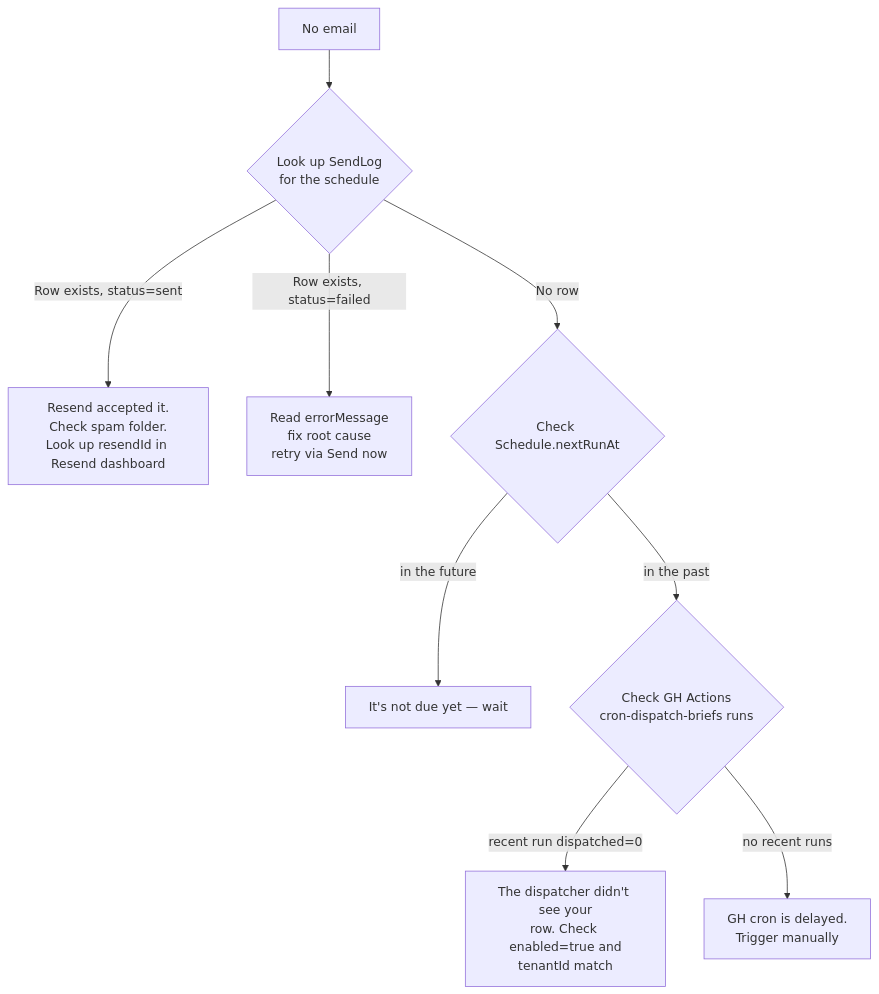
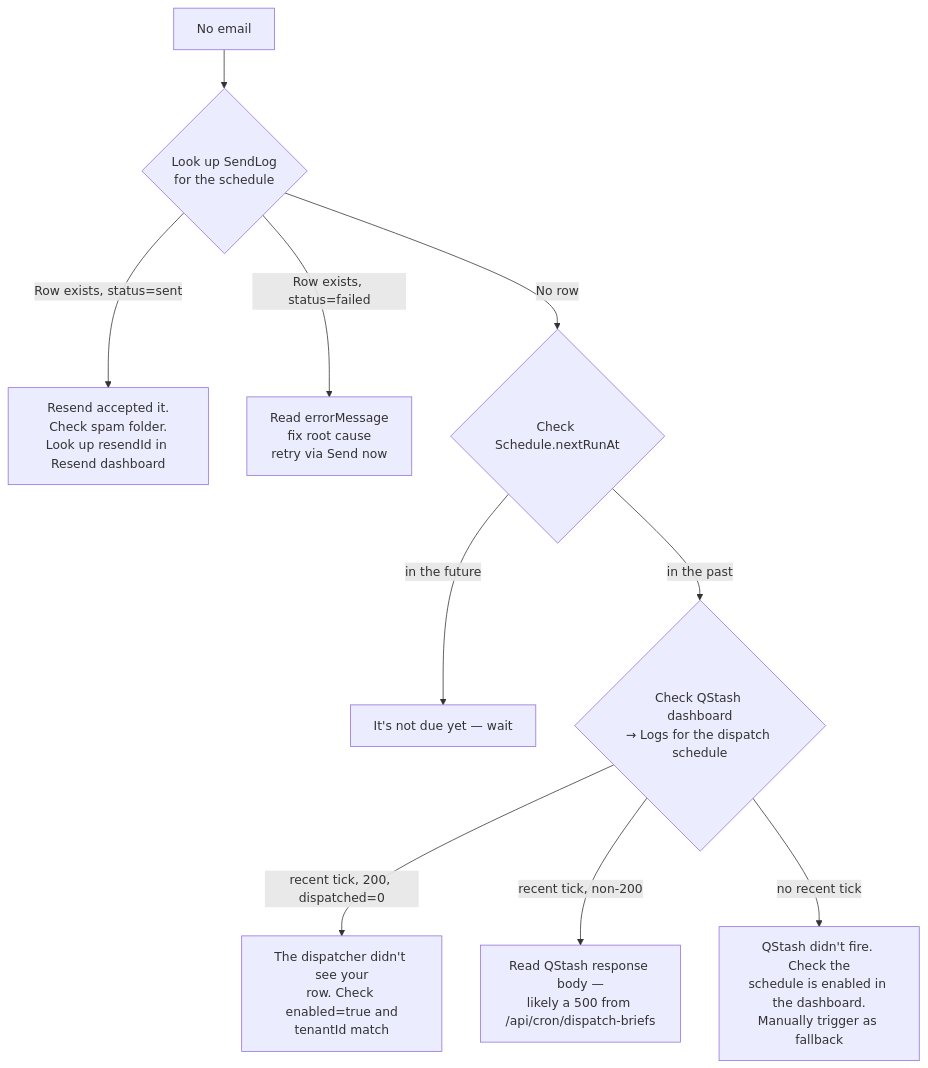
Before and after one commit to adityauphade-mac/vera-mvp: the third of 3 diagrams in docs/OPERATIONS.md, drawn with Mermaid. The commit also changed other lines of this file and 14 other files, not shown here.

First line of the commit message:
fix(scheduler): one row per (tenant,cadence) + QStash cron migration

````diff
--- a/docs/OPERATIONS.md
+++ b/docs/OPERATIONS.md
@@ -298,11 +348,12 @@
 ```mermaid
 flowchart TD
     A[No email] --> B{Look up SendLog<br/>for the schedule}
     B -->|Row exists, status=sent| C[Resend accepted it.<br/>Check spam folder.<br/>Look up resendId in Resend dashboard]
     B -->|Row exists, status=failed| D[Read errorMessage<br/>fix root cause<br/>retry via Send now]
     B -->|No row| E{Check Schedule.nextRunAt}
     E -->|in the future| F[It's not due yet — wait]
-    E -->|in the past| G{Check GH Actions<br/>cron-dispatch-briefs runs}
-    G -->|recent run dispatched=0| H[The dispatcher didn't see your<br/>row. Check enabled=true and<br/>tenantId match]
-    G -->|no recent runs| I[GH cron is delayed.<br/>Trigger manually]
+    E -->|in the past| G{Check QStash dashboard<br/>→ Logs for the dispatch schedule}
+    G -->|recent tick, 200, dispatched=0| H[The dispatcher didn't see your<br/>row. Check enabled=true and<br/>tenantId match]
+    G -->|recent tick, non-200| J[Read QStash response body —<br/>likely a 500 from /api/cron/dispatch-briefs]
+    G -->|no recent tick| I[QStash didn't fire. Check the<br/>schedule is enabled in the dashboard.<br/>Manually trigger as fallback]
 ```
````
